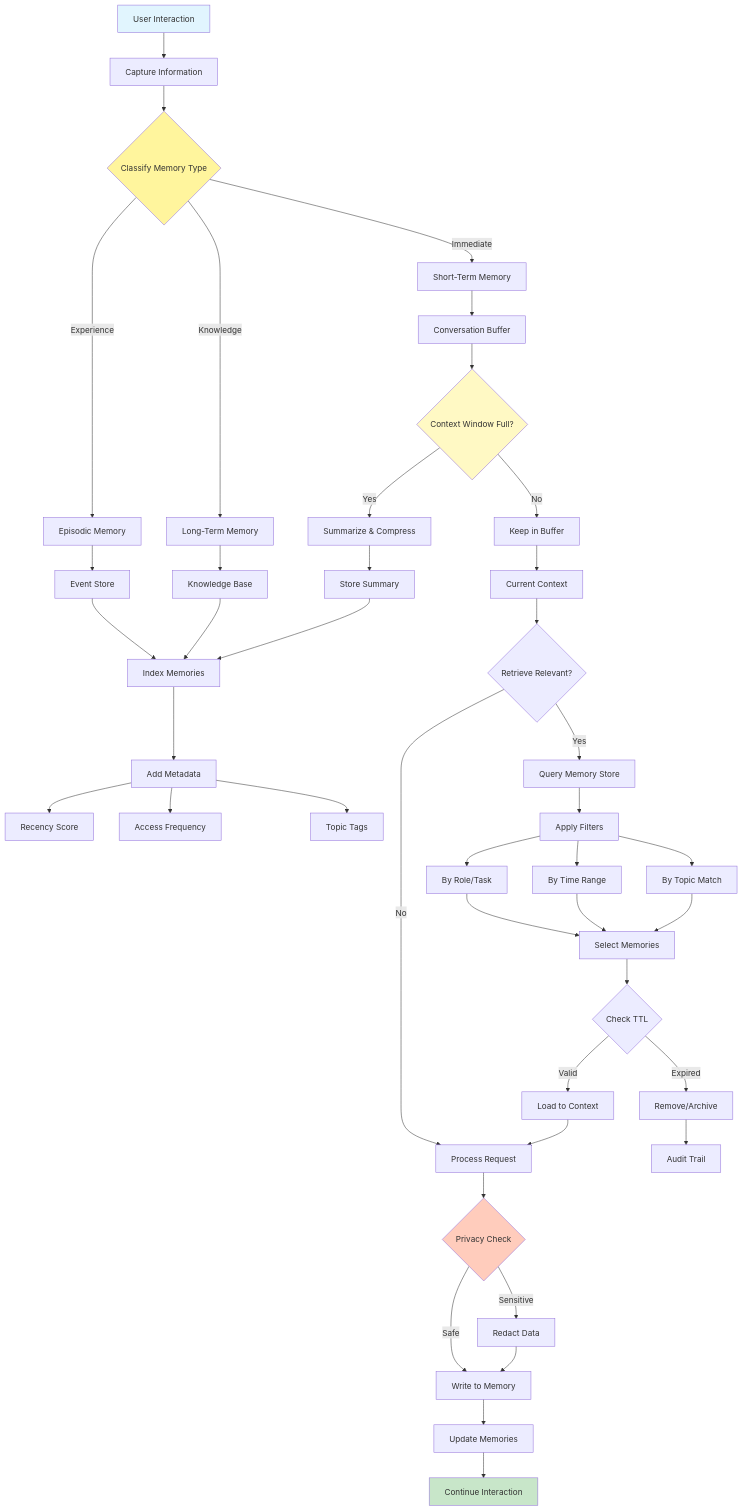
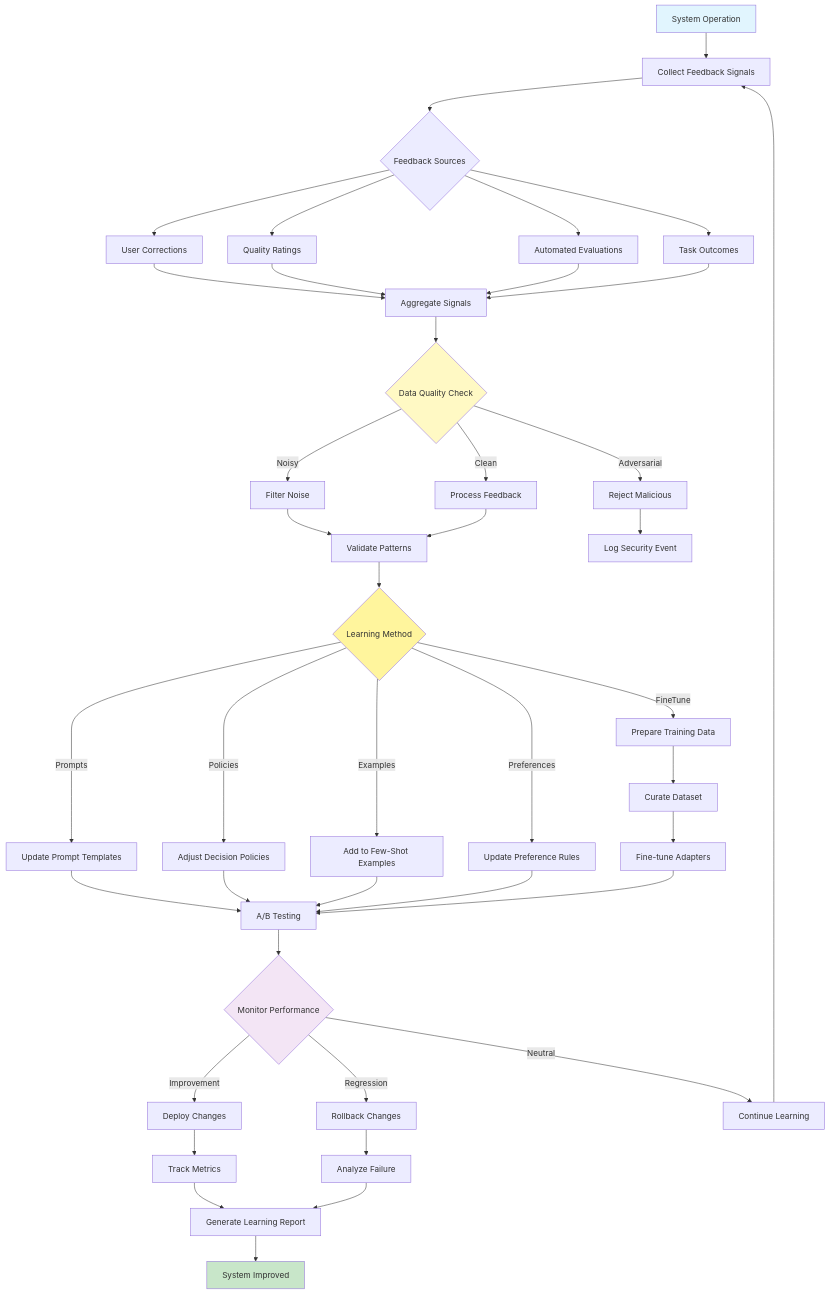
One commit to Adrian-patrick/agentic-ai-design-patterns changed the diagram in diagram.mmd. Above: the diagram before and after it, drawn with Mermaid. The commit also changed 11 other files, not shown here.

```diff
--- a/diagram.mmd
+++ b/diagram.mmd
@@ -1,62 +1,59 @@
 graph TD
-    Start[User Interaction] --> Capture[Capture Information]
+    Start[System Operation] --> Collect[Collect Feedback Signals]
     
-    Capture --> Classify{Classify Memory Type}
+    Collect --> Sources{Feedback Sources}
+    Sources --> User[User Corrections]
+    Sources --> Ratings[Quality Ratings]
+    Sources --> Evals[Automated Evaluations]
+    Sources --> Outcomes[Task Outcomes]
     
-    Classify -->|Immediate| ShortTerm[Short-Term Memory]
-    Classify -->|Experience| Episodic[Episodic Memory]
-    Classify -->|Knowledge| LongTerm[Long-Term Memory]
+    User --> Aggregate[Aggregate Signals]
+    Ratings --> Aggregate
+    Evals --> Aggregate
+    Outcomes --> Aggregate
     
-    ShortTerm --> Buffer[Conversation Buffer]
-    Episodic --> Events[Event Store]
-    LongTerm --> Knowledge[Knowledge Base]
+    Aggregate --> Clean{Data Quality Check}
+    Clean -->|Noisy| Filter[Filter Noise]
+    Clean -->|Adversarial| Reject[Reject Malicious]
+    Clean -->|Clean| Process[Process Feedback]
     
-    Buffer --> Compress{Context Window Full?}
-    Compress -->|Yes| Summarize[Summarize & Compress]
-    Compress -->|No| Keep[Keep in Buffer]
+    Filter --> Validate[Validate Patterns]
+    Reject --> Log[Log Security Event]
+    Process --> Validate
     
-    Summarize --> Store[Store Summary]
-    Keep --> Current[Current Context]
+    Validate --> Learn{Learning Method}
     
-    Events --> Index[Index Memories]
-    Knowledge --> Index
-    Store --> Index
+    Learn -->|Prompts| UpdatePrompts[Update Prompt Templates]
+    Learn -->|Policies| UpdatePolicies[Adjust Decision Policies]
+    Learn -->|Examples| AddExamples[Add to Few-Shot Examples]
+    Learn -->|Preferences| UpdatePrefs[Update Preference Rules]
+    Learn -->|FineTune| PrepareData[Prepare Training Data]
     
-    Index --> Metadata[Add Metadata]
-    Metadata --> Recency[Recency Score]
-    Metadata --> Frequency[Access Frequency]
-    Metadata --> Topic[Topic Tags]
+    UpdatePrompts --> Test[A/B Testing]
+    UpdatePolicies --> Test
+    AddExamples --> Test
+    UpdatePrefs --> Test
     
-    Current --> Retrieve{Retrieve Relevant?}
-    Retrieve -->|Yes| Query[Query Memory Store]
-    Retrieve -->|No| Process[Process Request]
+    PrepareData --> Curate[Curate Dataset]
+    Curate --> Train[Fine-tune Adapters]
+    Train --> Test
     
-    Query --> Filter[Apply Filters]
-    Filter --> Role[By Role/Task]
-    Filter --> Time[By Time Range]
-    Filter --> Relevance[By Topic Match]
+    Test --> Monitor{Monitor Performance}
     
-    Role --> Select[Select Memories]
-    Time --> Select
-    Relevance --> Select
+    Monitor -->|Improvement| Deploy[Deploy Changes]
+    Monitor -->|Regression| Rollback[Rollback Changes]
+    Monitor -->|Neutral| Iterate[Continue Learning]
     
-    Select --> TTL{Check TTL}
-    TTL -->|Expired| Forget[Remove/Archive]
-    TTL -->|Valid| Load[Load to Context]
+    Deploy --> Track[Track Metrics]
+    Rollback --> Analyze[Analyze Failure]
+    Iterate --> Collect
     
-    Forget --> Audit[Audit Trail]
-    Load --> Process
-    
-    Process --> Privacy{Privacy Check}
-    Privacy -->|Sensitive| Redact[Redact Data]
-    Privacy -->|Safe| Write[Write to Memory]
-    
-    Redact --> Write
-    Write --> Update[Update Memories]
-    Update --> End[Continue Interaction]
+    Track --> Report[Generate Learning Report]
+    Analyze --> Report
+    Report --> End[System Improved]
 
     style Start fill:#e1f5fe
-    style Classify fill:#fff59d
-    style Compress fill:#fff9c4
-    style Privacy fill:#ffccbc
+    style Clean fill:#fff9c4
+    style Learn fill:#fff59d
+    style Monitor fill:#f3e5f5
     style End fill:#c8e6c9
```
